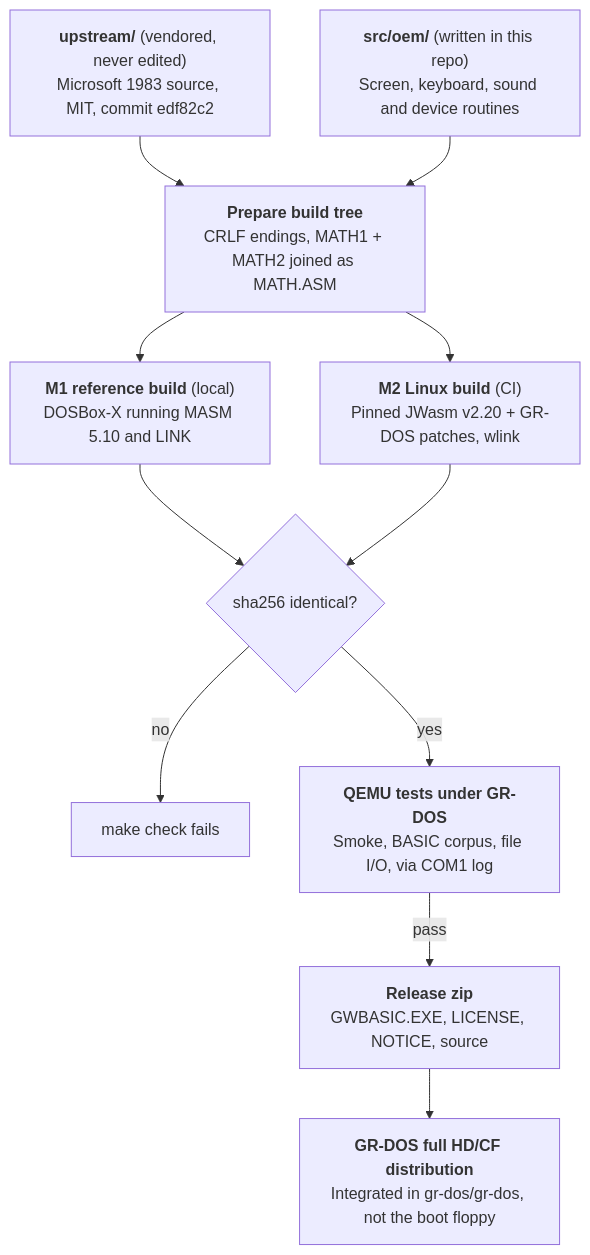
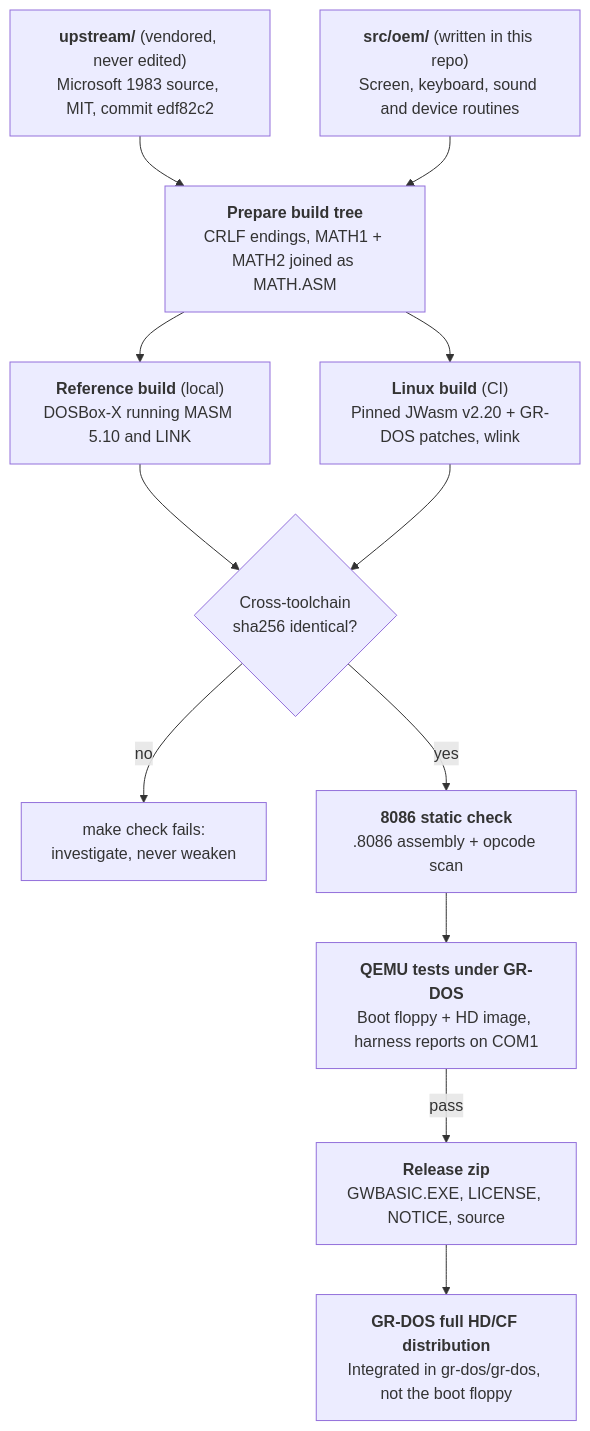
One commit to gr-dos/gw-basic changed the diagram in docs/DESIGN.md. Above: the diagram before and after it, drawn with Mermaid. The commit also changed other lines of this file, not shown here.

````diff
--- a/docs/DESIGN.md
+++ b/docs/DESIGN.md
@@ -38,24 +40,26 @@
 ```mermaid
 flowchart TD
     upstream["<b>upstream/</b> (vendored, never edited)<br/>Microsoft 1983 source, MIT, commit edf82c2"]
     oem["<b>src/oem/</b> (written in this repo)<br/>Screen, keyboard, sound and device routines"]
     prepare["<b>Prepare build tree</b><br/>CRLF endings, MATH1 + MATH2 joined as MATH.ASM"]
-    m1["<b>M1 reference build</b> (local)<br/>DOSBox-X running MASM 5.10 and LINK"]
-    m2["<b>M2 Linux build</b> (CI)<br/>Pinned JWasm v2.20 + GR-DOS patches, wlink"]
-    gate{"sha256 identical?"}
-    fail["make check fails"]
-    tests["<b>QEMU tests under GR-DOS</b><br/>Smoke, BASIC corpus, file I/O, via COM1 log"]
+    m1["<b>Reference build</b> (local)<br/>DOSBox-X running MASM 5.10 and LINK"]
+    m2["<b>Linux build</b> (CI)<br/>Pinned JWasm v2.20 + GR-DOS patches, wlink"]
+    gate{"Cross-toolchain<br/>sha256 identical?"}
+    fail["make check fails:<br/>investigate, never weaken"]
+    cpu["<b>8086 static check</b><br/>.8086 assembly + opcode scan"]
+    tests["<b>QEMU tests under GR-DOS</b><br/>Boot floppy + HD image, harness reports on COM1"]
     release["<b>Release zip</b><br/>GWBASIC.EXE, LICENSE, NOTICE, source"]
     grdos["<b>GR-DOS full HD/CF distribution</b><br/>Integrated in gr-dos/gr-dos, not the boot floppy"]
 
     upstream --> prepare
     oem --> prepare
     prepare --> m1
     prepare --> m2
     m1 --> gate
     m2 --> gate
     gate -- no --> fail
-    gate -- yes --> tests
+    gate -- yes --> cpu
+    cpu --> tests
     tests -- pass --> release
     release --> grdos
 ```
````
